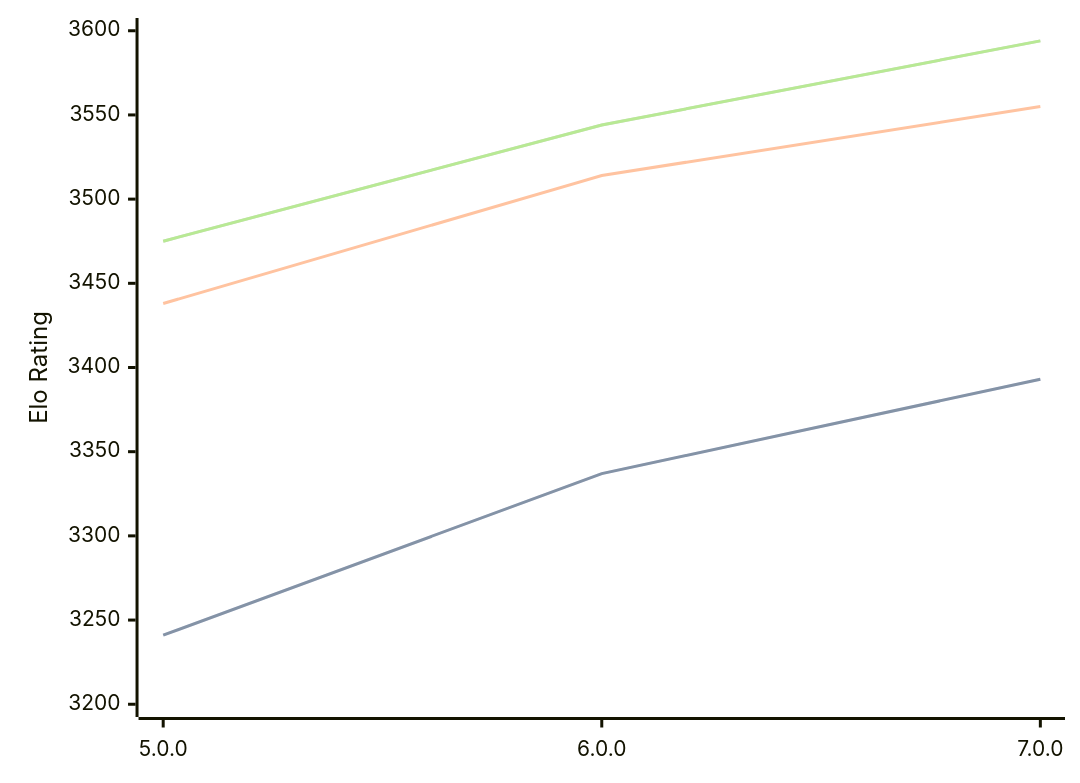
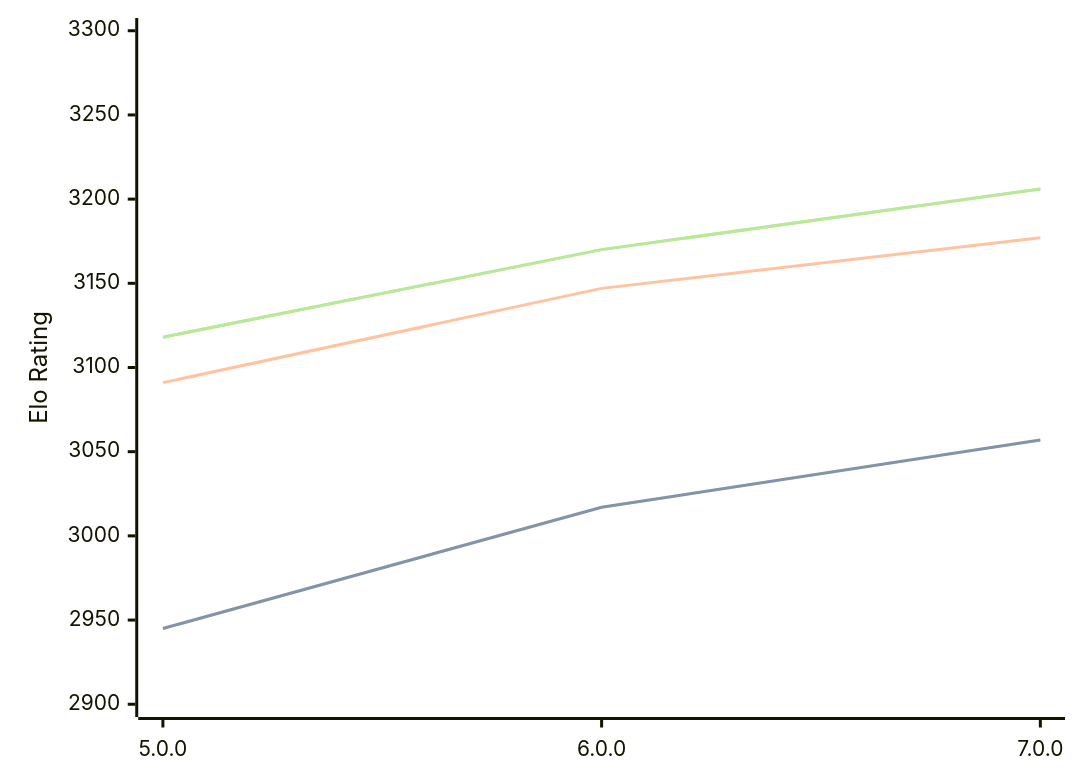
Before and after one commit to computer-chess-index/cci: the diagram in engines/Stormphrax.md, drawn with Mermaid. The commit also changed other lines of this file, not shown here.

Commit message:
Update CCI Ratings (ELO VLTC) - 2026-02-23

````diff
--- a/engines/Stormphrax.md
+++ b/engines/Stormphrax.md
@@ -35,11 +35,11 @@
 ```mermaid
 %%{init: {"theme":"base","themeVariables":{"seriesColors:['#a3a3a3','#222221','#faa371']}}}%%
 xychart-beta
   x-axis ["5.0.0", "6.0.0", "7.0.0"]
-  y-axis "Elo Rating" 3200 --> 3600
-  line "STC (8.0+0.08s)" [3241, 3337, 3393]
-  line "STC (8.0+0.08s)" [3241, 3337, 3393]
-  line "LTC (60.0+0.60s)" [3438, 3514, 3555]
-  line "VLTC (2m24s+1.12s)" [3475, 3544, 3594]
-  line "VLTC (2m24s+1.12s)" [3475, 3544, 3594]
+  y-axis "Elo Rating" 2900 --> 3300
+  line "STC (8.0+0.08s)" [2945, 3017, 3057]
+  line "STC (8.0+0.08s)" [2945, 3017, 3057]
+  line "LTC (60.0+0.60s)" [3091, 3147, 3177]
+  line "VLTC (2m24s+1.12s)" [3118, 3170, 3206]
+  line "VLTC (2m24s+1.12s)" [3118, 3170, 3206]
 ```
````
